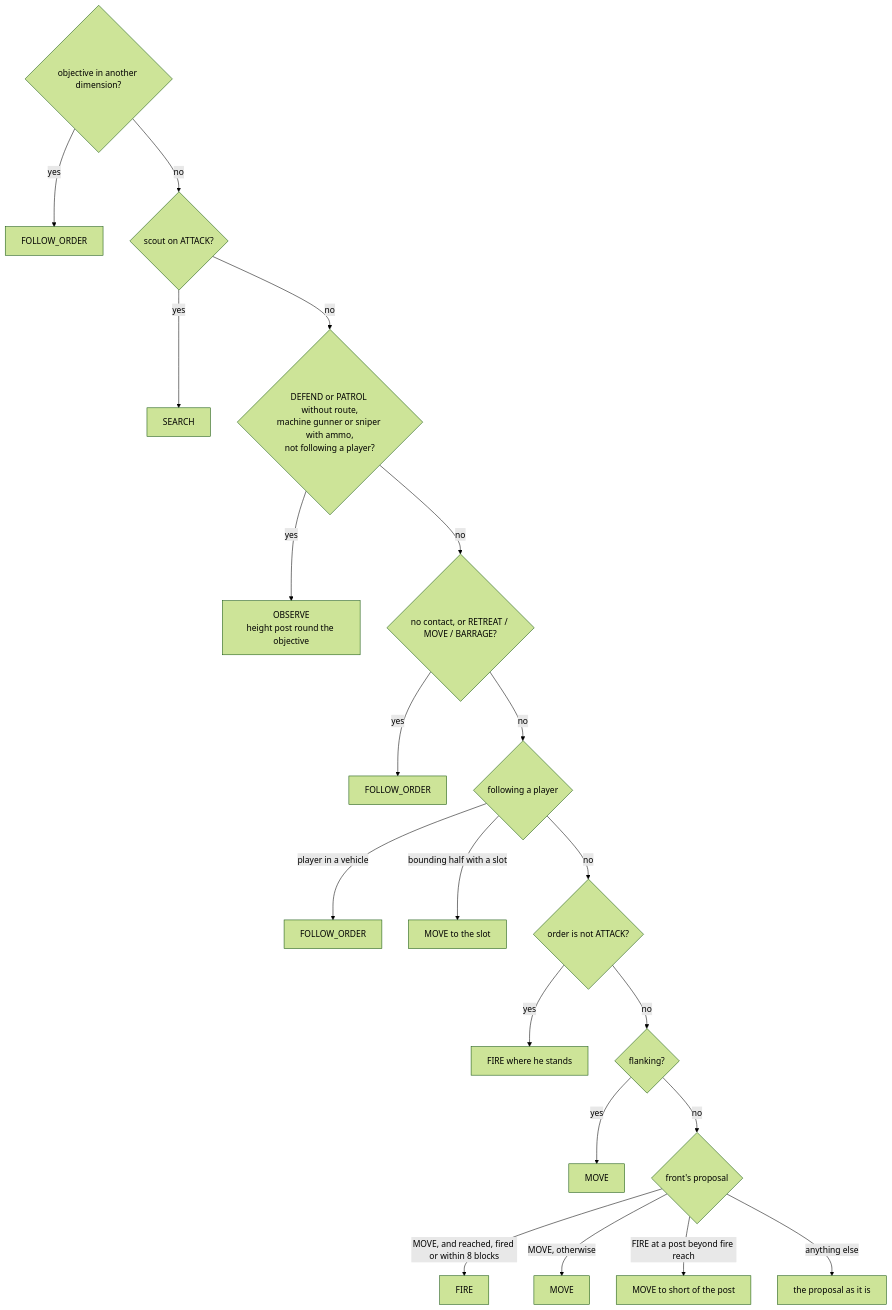
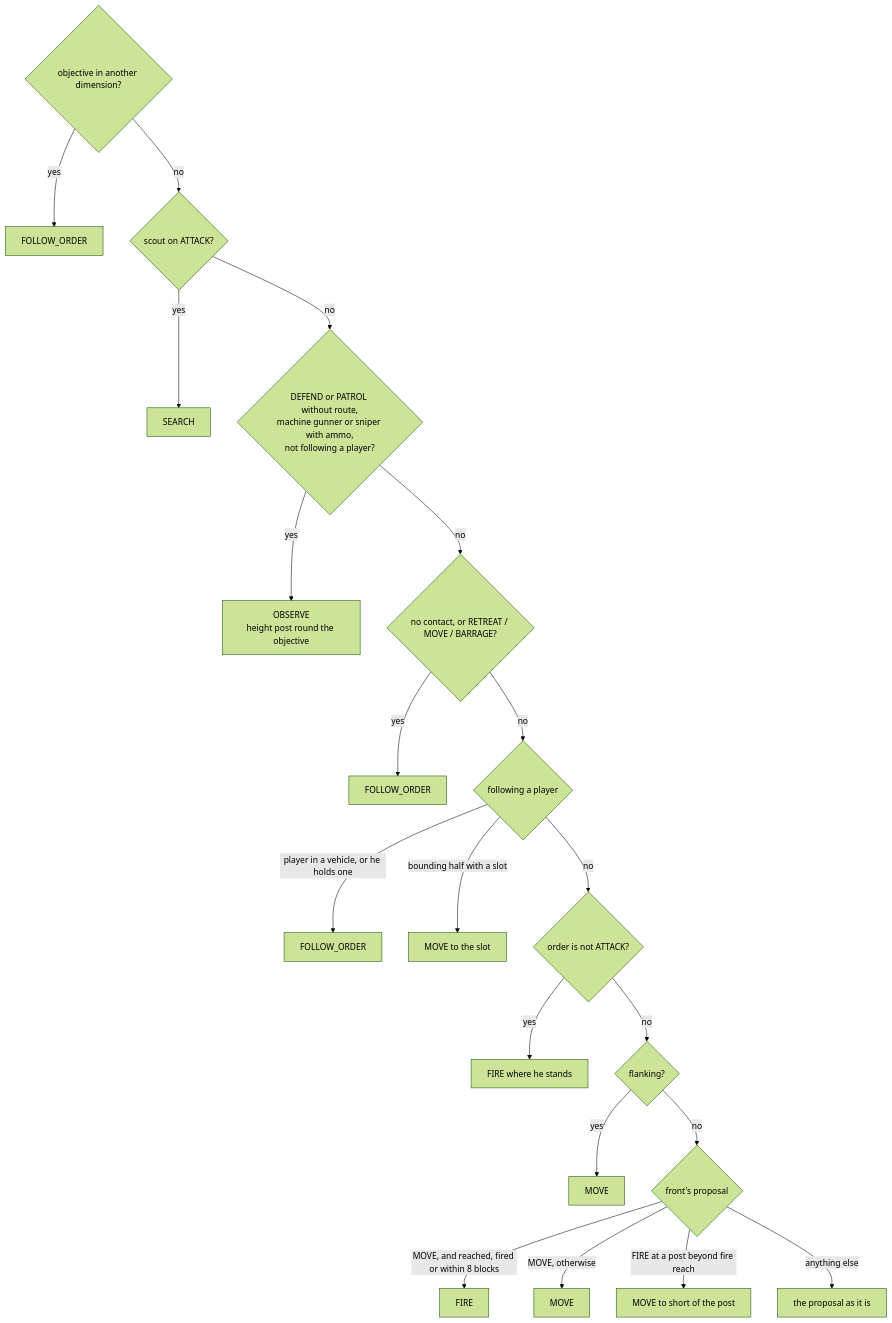
The fifth of 6 diagrams in docs/HTN-DIAGRAMS.md (fr3ddy-fryd3/sbw-npc), drawn with Mermaid (forest theme) before and after one commit. The commit also changed other lines of this file, not shown here.

First line of the commit message:
docs: add scores, phase guards and follow details the HTN review found missing

````diff
--- a/docs/HTN-DIAGRAMS.md
+++ b/docs/HTN-DIAGRAMS.md
@@ -76,22 +82,22 @@
 ```mermaid
 flowchart TD
     A{"objective in another dimension?"} -->|yes| FO1["FOLLOW_ORDER"]
     A -->|no| B{"scout on ATTACK?"}
     B -->|yes| SE["SEARCH"]
     B -->|no| C{"DEFEND or PATROL without route,<br/>machine gunner or sniper with ammo,<br/>not following a player?"}
     C -->|yes| OB["OBSERVE<br/>height post round the objective"]
     C -->|no| D{"no contact, or RETREAT / MOVE / BARRAGE?"}
     D -->|yes| FO2["FOLLOW_ORDER"]
     D -->|no| F{"following a player"}
-    F -->|"player in a vehicle"| FO3["FOLLOW_ORDER"]
+    F -->|"player in a vehicle, or he holds one"| FO3["FOLLOW_ORDER"]
     F -->|"bounding half with a slot"| MV1["MOVE to the slot"]
     F -->|no| G{"order is not ATTACK?"}
     G -->|yes| FI1["FIRE where he stands"]
     G -->|no| H{"flanking?"}
     H -->|yes| MV2["MOVE"]
     H -->|no| I{"front's proposal"}
     I -->|"MOVE, and reached, fired or within 8 blocks"| FI2["FIRE"]
     I -->|"MOVE, otherwise"| MV3["MOVE"]
     I -->|"FIRE at a post beyond fire reach"| MV4["MOVE to short of the post"]
     I -->|"anything else"| PR["the proposal as it is"]
 ```
````
